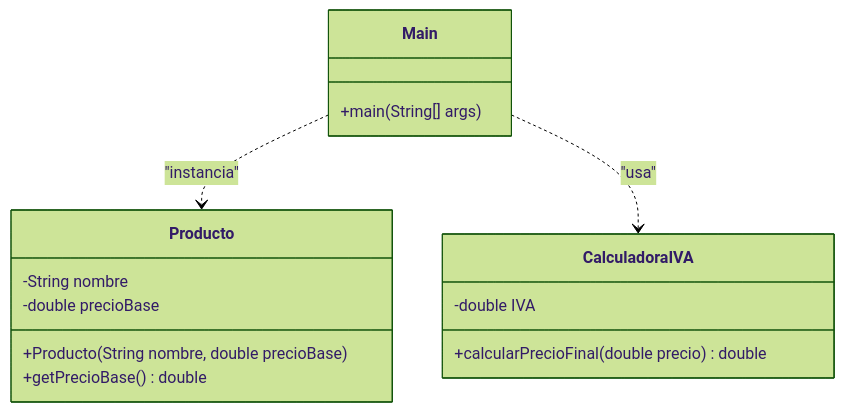
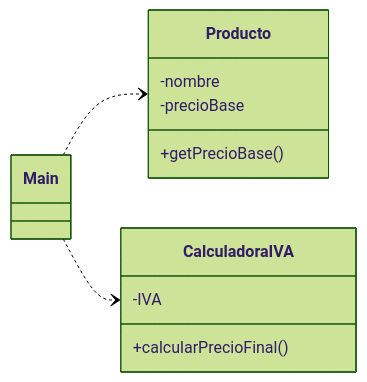
One commit to miglopman2-ui/Diagrama-de-Clases changed the diagram in README.md. Above: the diagram before and after it, drawn with Mermaid (forest theme).

````diff
--- a/README.md
+++ b/README.md
@@ -2,21 +2,17 @@
 ```mermaid
 classDiagram
+    direction LR
+    Main ..> Producto
+    Main ..> CalculadoraIVA
+
     class Producto {
-        -String nombre
-        -double precioBase
-        +Producto(String nombre, double precioBase)
-        +getPrecioBase() double
+        -nombre
+        -precioBase
+        +getPrecioBase()
     }
 
     class CalculadoraIVA {
-        -double IVA
-        +calcularPrecioFinal(double precio) double
+        -IVA
+        +calcularPrecioFinal()
     }
-
-    class Main {
-        +main(String[] args)
-    }
-
-    Main ..> Producto : "instancia"
-    Main ..> CalculadoraIVA : "usa"
 ```
````
